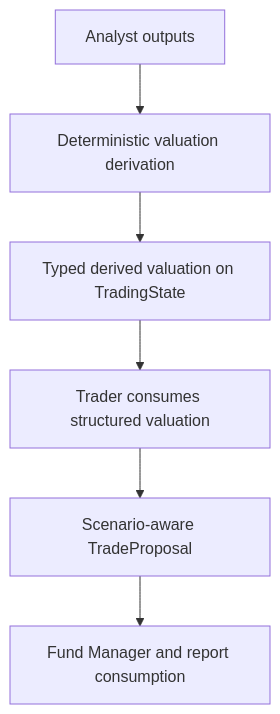
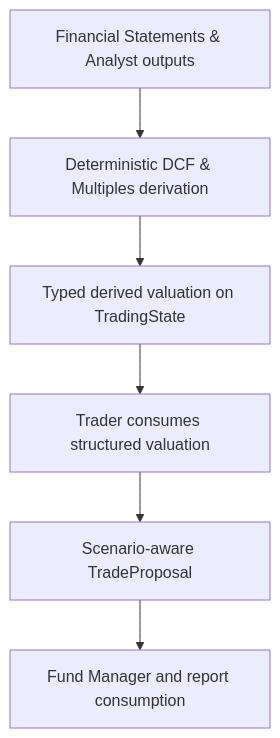
One commit to BigtoC/scorpio-analyst changed the diagram in docs/plans/2026-04-07-003-feat-peer-comps-scenario-valuation-plan.md. Above: the diagram before and after it, drawn with Mermaid. The commit also changed other lines of this file, not shown here.

Commit message:
docs: update peer/comps scenario valuation plan to focus on typed scenario valuation and integrate real financial statements

````diff
--- a/docs/plans/2026-04-07-003-feat-peer-comps-scenario-valuation-plan.md
+++ b/docs/plans/2026-04-07-003-feat-peer-comps-scenario-valuation-plan.md
@@ -152,8 +131,8 @@
 ```mermaid
 flowchart TB
-    A[Analyst outputs] --> B[Deterministic valuation derivation]
+    A[Financial Statements & Analyst outputs] --> B[Deterministic DCF & Multiples derivation]
     B --> C[Typed derived valuation on TradingState]
     C --> D[Trader consumes structured valuation]
     D --> E[Scenario-aware TradeProposal]
     E --> F[Fund Manager and report consumption]
 ```
````
